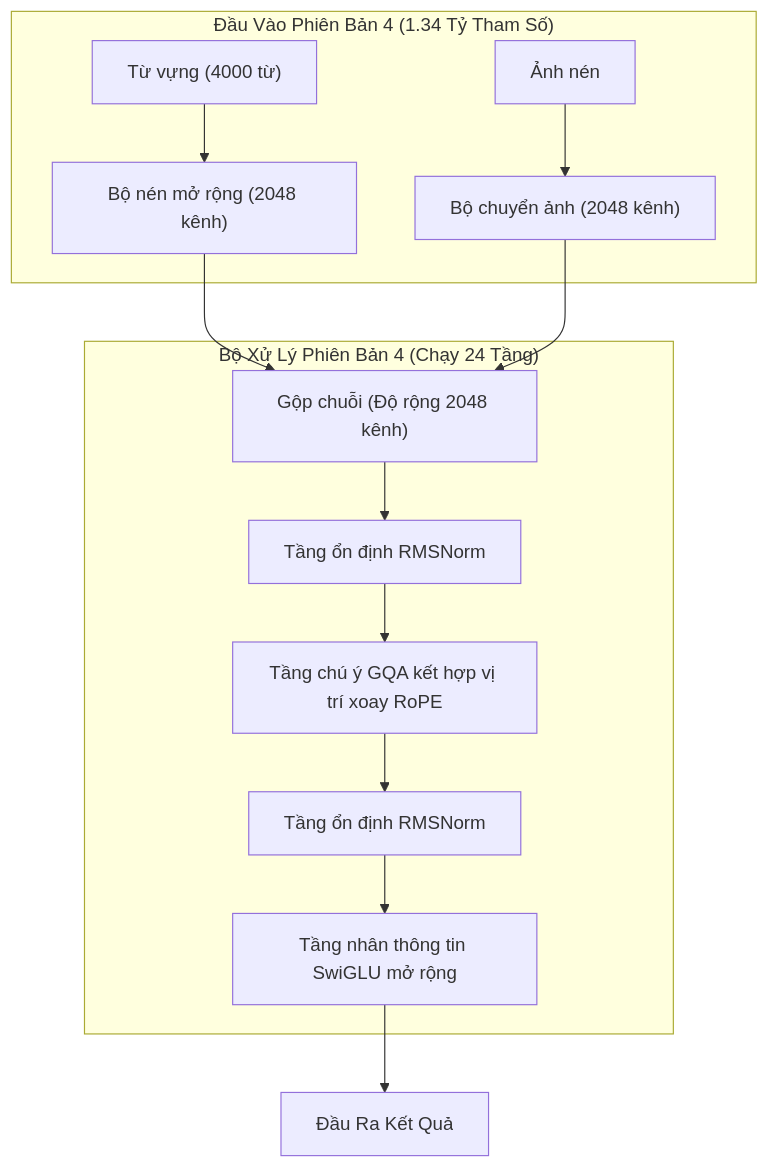
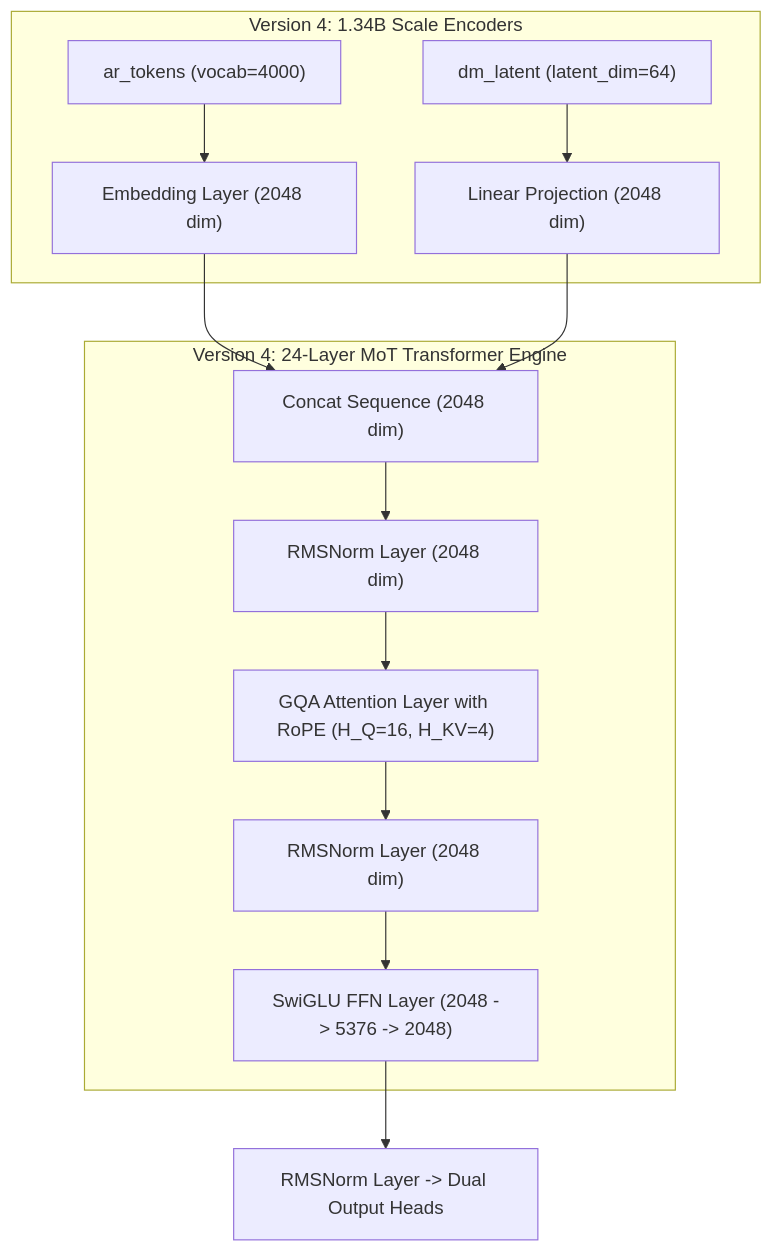
One commit to datascience180806/mini_cosmos changed the fifth of 8 diagrams in VERSION_COMPARISON.md. Above: the diagram before and after it, drawn with Mermaid. The commit also changed other lines of this file, not shown here.

Commit message:
Restore standard English AI/DL terms (Attention Layer, Embedding Layer, Transformer Block, SwiGLU FFN, RMSNorm, VRAM, Latency, Throughput) in report

````diff
--- a/VERSION_COMPARISON.md
+++ b/VERSION_COMPARISON.md
@@ -173,19 +169,19 @@
 ```mermaid
 flowchart TD
-    subgraph V4_INPUTS["Đầu Vào Phiên Bản 4 (1.34 Tỷ Tham Số)"]
-        V4_AR["Từ vựng (4000 từ)"] --> V4_EMB["Bộ nén mở rộng (2048 kênh)"]
-        V4_DM["Ảnh nén"] --> V4_PROJ["Bộ chuyển ảnh (2048 kênh)"]
+    subgraph V4_INPUTS["Version 4: 1.34B Scale Encoders"]
+        V4_AR["ar_tokens (vocab=4000)"] --> V4_EMB["Embedding Layer (2048 dim)"]
+        V4_DM["dm_latent (latent_dim=64)"] --> V4_PROJ["Linear Projection (2048 dim)"]
     end
 
-    V4_EMB --> V4_CAT["Gộp chuỗi (Độ rộng 2048 kênh)"]
+    V4_EMB --> V4_CAT["Concat Sequence (2048 dim)"]
     V4_PROJ --> V4_CAT
 
-    subgraph V4_BLOCKS["Bộ Xử Lý Phiên Bản 4 (Chạy 24 Tầng)"]
-        V4_CAT --> V4_RMS1["Tầng ổn định RMSNorm"]
-        V4_RMS1 --> V4_GQA["Tầng chú ý GQA kết hợp vị trí xoay RoPE"]
-        V4_GQA --> V4_RMS2["Tầng ổn định RMSNorm"]
-        V4_RMS2 --> V4_SWIGLU["Tầng nhân thông tin SwiGLU mở rộng"]
+    subgraph V4_BLOCKS["Version 4: 24-Layer MoT Transformer Engine"]
+        V4_CAT --> V4_RMS1["RMSNorm Layer (2048 dim)"]
+        V4_RMS1 --> V4_GQA["GQA Attention Layer with RoPE (H_Q=16, H_KV=4)"]
+        V4_GQA --> V4_RMS2["RMSNorm Layer (2048 dim)"]
+        V4_RMS2 --> V4_SWIGLU["SwiGLU FFN Layer (2048 -> 5376 -> 2048)"]
     end
 
-    V4_SWIGLU --> V4_OUT["Đầu Ra Kết Quả"]
+    V4_SWIGLU --> V4_OUT["RMSNorm Layer -> Dual Output Heads"]
 ```
````
